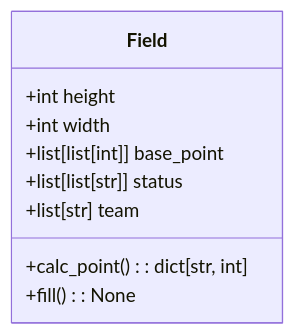
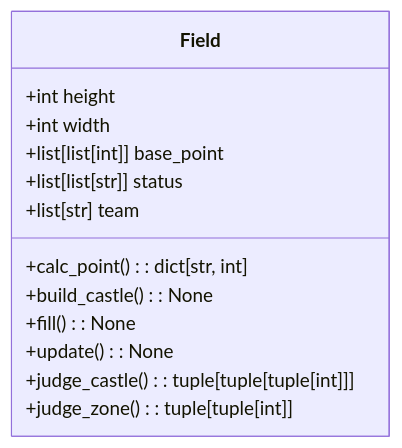
The diagram in docs/judge/class.mermaid (nanigasi-san/procon-31-judge-server), drawn with Mermaid before and after one commit. The commit also changed 5 other files, not shown here.

```diff
--- a/docs/judge/class.mermaid
+++ b/docs/judge/class.mermaid
@@ -1,10 +1,14 @@
 classDiagram
     class Field {
         +int height
         +int width
         +list[list[int]] base_point
         +list[list[str]] status
         +list[str] team
         +calc_point(): dict[str, int]
+        +build_castle(): None
         +fill(): None
+        +update(): None
+        +judge_castle(): tuple[tuple[tuple[int]]]
+        +judge_zone(): tuple[tuple[int]]
     }
```
